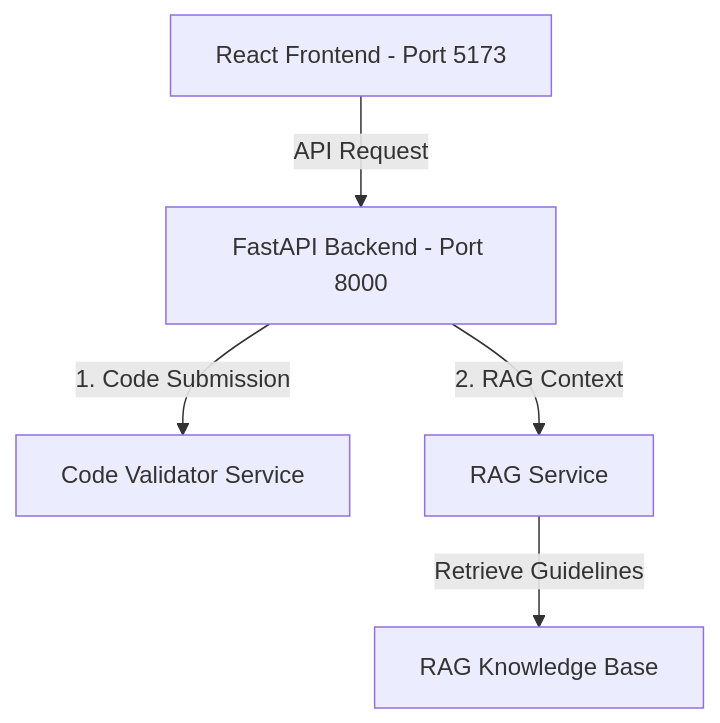
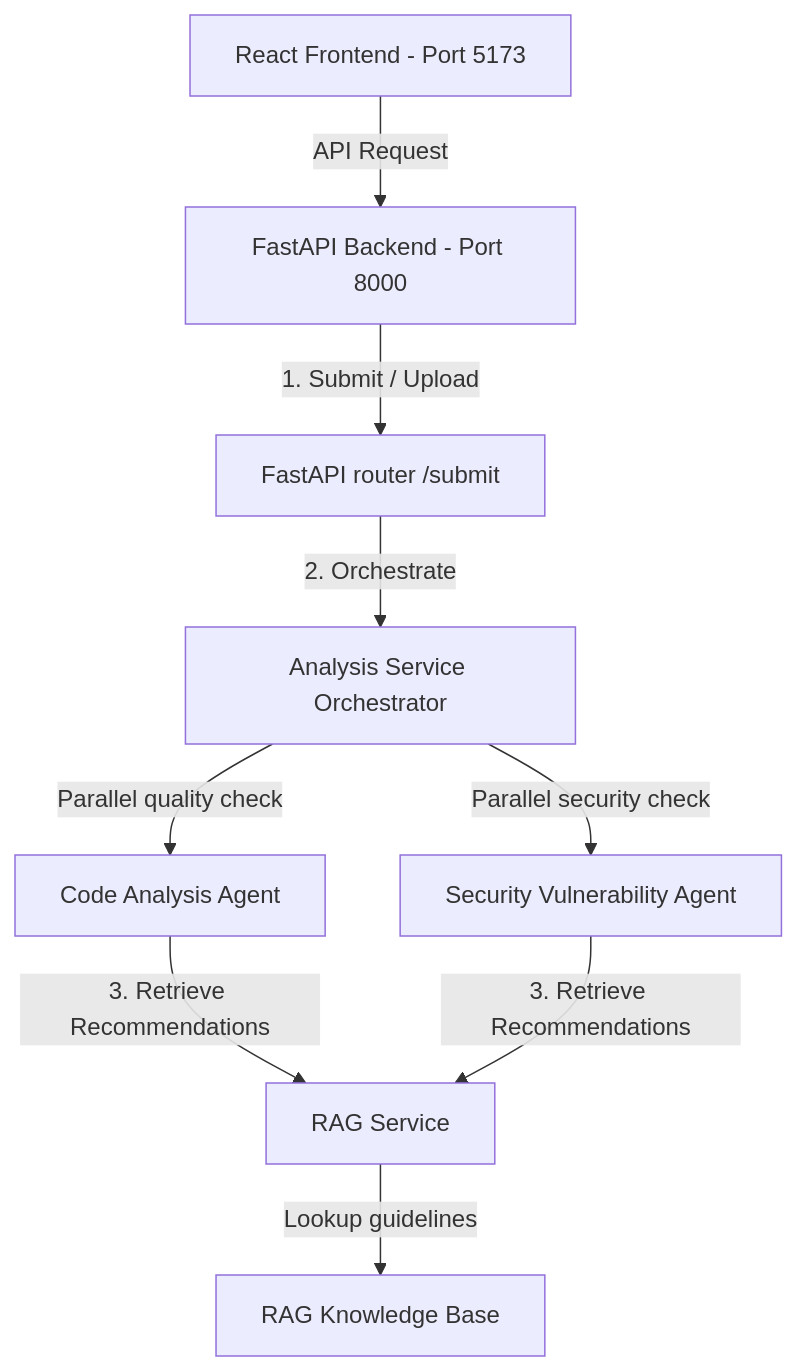
Before and after one commit to shivamkhatri-hash/Codeguard.Ai: the diagram in projectguide.md, drawn with Mermaid. The commit also changed other lines of this file and 1 other file, not shown here.

````diff
--- a/projectguide.md
+++ b/projectguide.md
@@ -9,7 +9,10 @@
 ```mermaid
 graph TD
     Client[React Frontend - Port 5173] -->|API Request| Backend[FastAPI Backend - Port 8000]
-    Backend -->|1. Code Submission| CodeValidator[Code Validator Service]
-    Backend -->|2. RAG Context| RAGService[RAG Service]
-    RAGService -->|Retrieve Guidelines| RAGKB[RAG Knowledge Base]
+    Backend -->|1. Submit / Upload| API[FastAPI router /submit]
+    API -->|2. Orchestrate| Orchestrator[Analysis Service Orchestrator]
+    Orchestrator -->|Parallel quality check| CodeAnalysis[Code Analysis Agent]
+    Orchestrator -->|Parallel security check| SecurityAnalysis[Security Vulnerability Agent]
+    CodeAnalysis & SecurityAnalysis -->|3. Retrieve Recommendations| RAGService[RAG Service]
+    RAGService -->|Lookup guidelines| RAGKB[RAG Knowledge Base]
 ```
````
